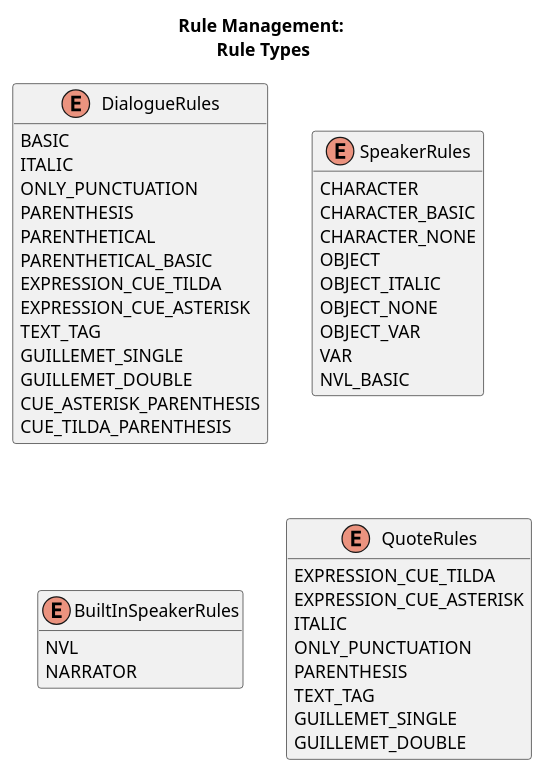
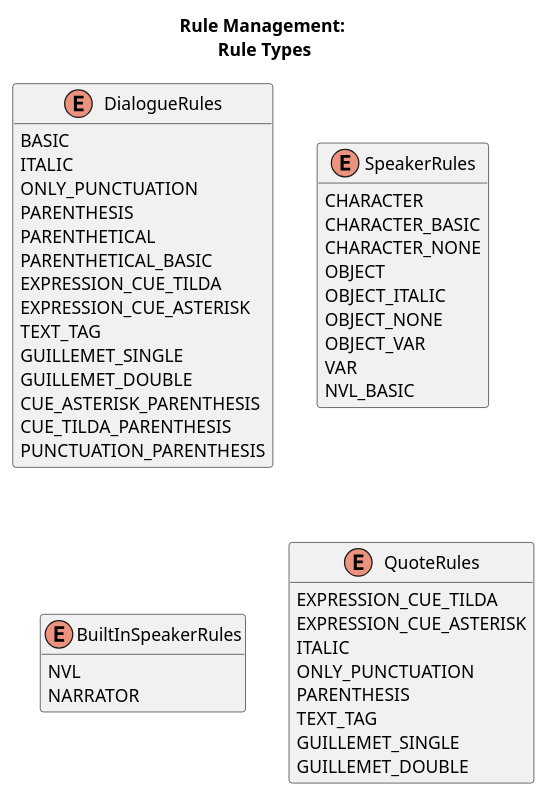
The diagram in assets/diagrams/rule-management/types.puml (Edexaal/nonarrate), drawn with PlantUML before and after one commit. The commit also changed 6 other files, not shown here.

```diff
--- a/assets/diagrams/rule-management/types.puml
+++ b/assets/diagrams/rule-management/types.puml
@@ -1,48 +1,49 @@
 @startuml
 hide empty members
 title "Rule Management: \nRule Types"
 'Enums
 enum DialogueRules {
   BASIC
   ITALIC
   ONLY_PUNCTUATION
   PARENTHESIS
   PARENTHETICAL
   PARENTHETICAL_BASIC
   EXPRESSION_CUE_TILDA
   EXPRESSION_CUE_ASTERISK
   TEXT_TAG
   GUILLEMET_SINGLE
   GUILLEMET_DOUBLE
   CUE_ASTERISK_PARENTHESIS
   CUE_TILDA_PARENTHESIS
+  PUNCTUATION_PARENTHESIS
 }
 
 enum SpeakerRules {
   CHARACTER
   CHARACTER_BASIC
   CHARACTER_NONE
   OBJECT
   OBJECT_ITALIC
   OBJECT_NONE
   OBJECT_VAR
   VAR
   NVL_BASIC
 }
 
 enum BuiltInSpeakerRules {
   NVL
   NARRATOR
 }
 
 enum QuoteRules {
   EXPRESSION_CUE_TILDA
   EXPRESSION_CUE_ASTERISK
   ITALIC
   ONLY_PUNCTUATION
   PARENTHESIS
   TEXT_TAG
   GUILLEMET_SINGLE
   GUILLEMET_DOUBLE
 }
 @enduml
```
